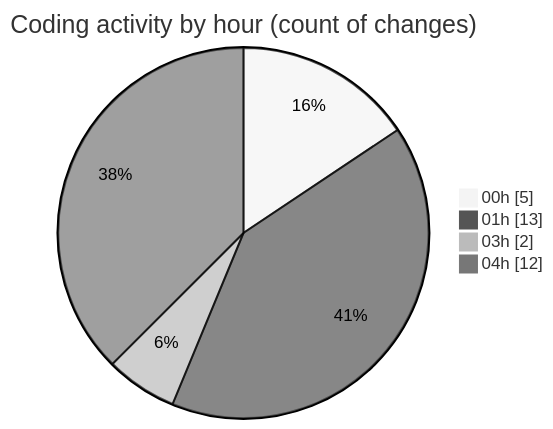
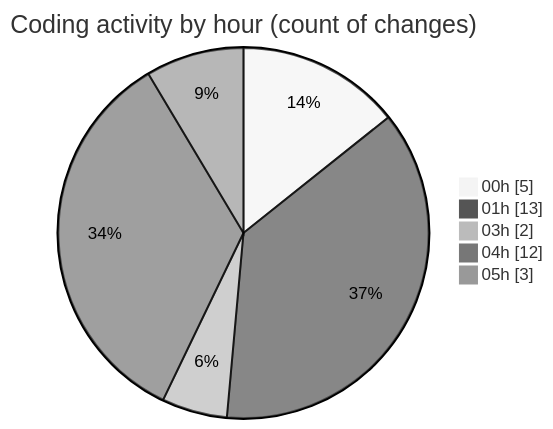
One commit to jadenblack/code-tracking changed the second of 2 diagrams in 2026-02-27/shadcn-admin-kit-main__workspace_/README.md. Above: the diagram before and after it, drawn with Mermaid (neutral theme). The commit also changed other lines of this file and 1 other file, not shown here.

````diff
--- a/2026-02-27/shadcn-admin-kit-main__workspace_/README.md
+++ b/2026-02-27/shadcn-admin-kit-main__workspace_/README.md
@@ -42,8 +42,9 @@
 ```mermaid
 pie showData
 title Coding activity by hour (count of changes)
 "00h" : 5
 "01h" : 13
 "03h" : 2
 "04h" : 12
+"05h" : 3
 ```
````
